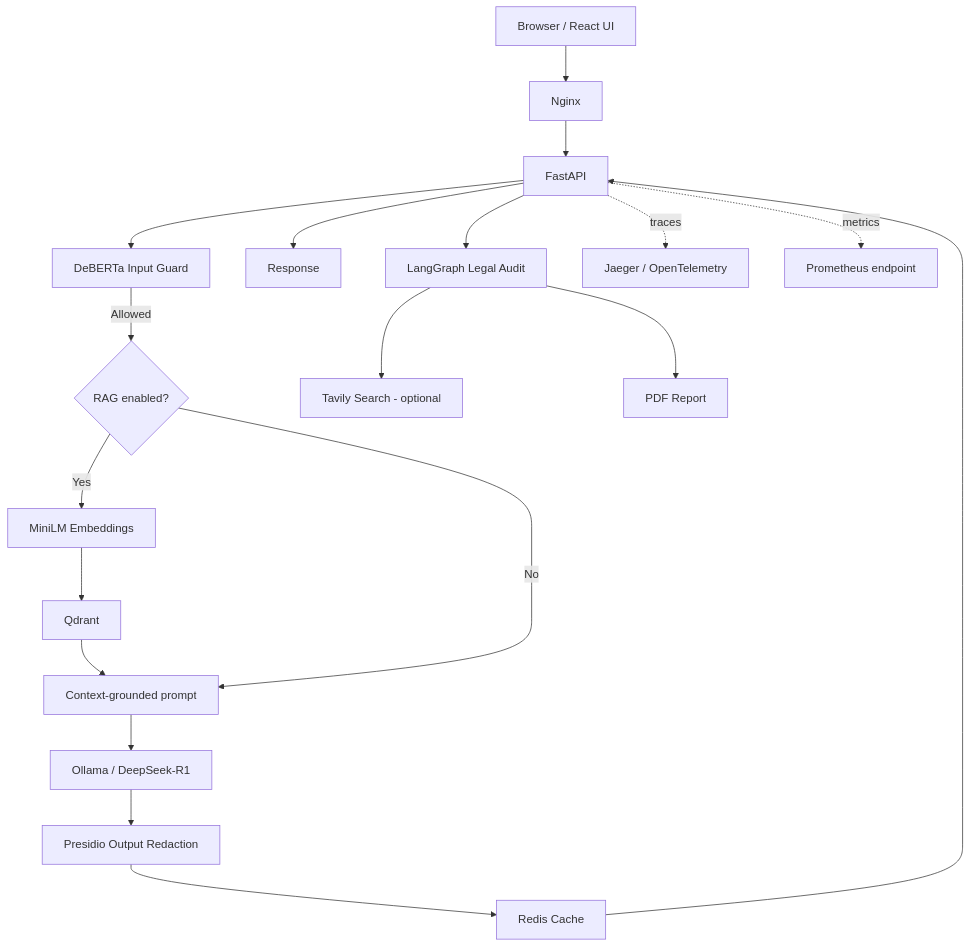
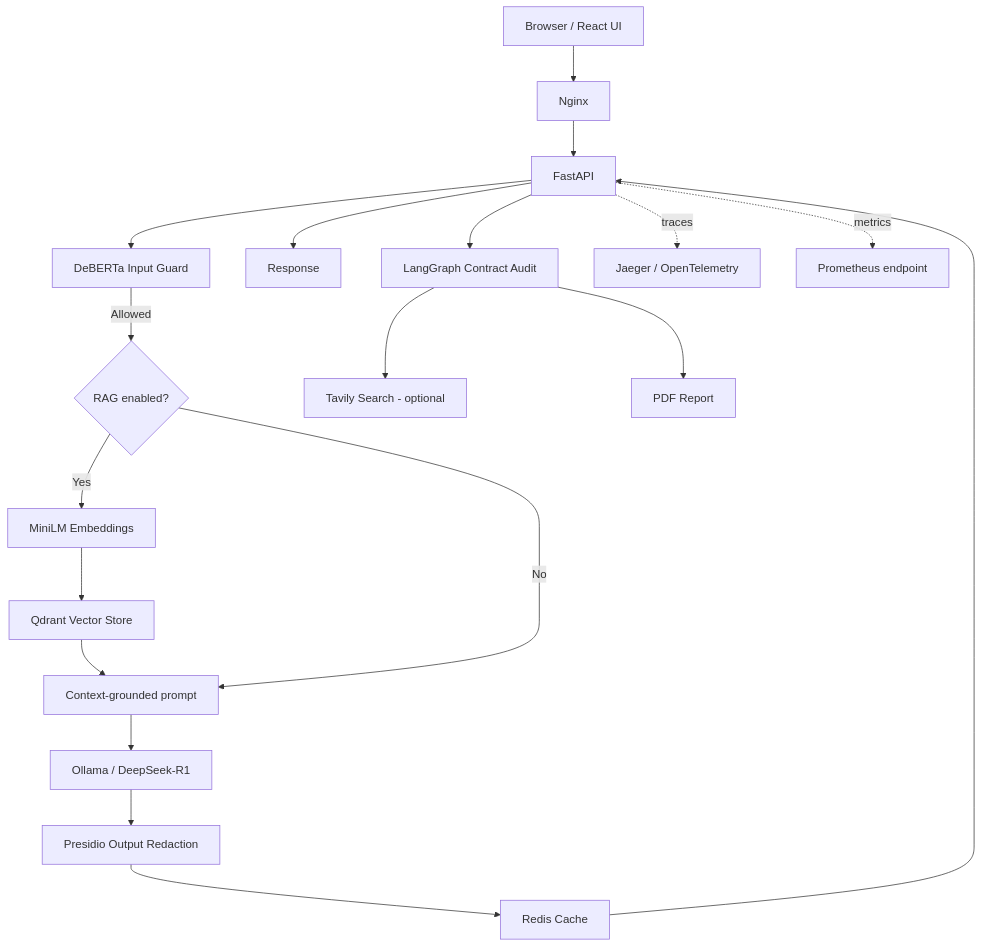
Before and after one commit to shubham-61291/production-ai-engineering: the diagram in 04-magnetar-webstack/README.md, drawn with Mermaid. The commit also changed other lines of this file, not shown here.

````diff
--- a/04-magnetar-webstack/README.md
+++ b/04-magnetar-webstack/README.md
@@ -34,21 +61,21 @@
 ```mermaid
 flowchart TD
     U[Browser / React UI] --> N[Nginx]
     N --> API[FastAPI]
     API --> GUARD[DeBERTa Input Guard]
     GUARD -->|Allowed| RAG{RAG enabled?}
     RAG -->|Yes| EMB[MiniLM Embeddings]
-    EMB --> Q[Qdrant]
+    EMB --> Q[Qdrant Vector Store]
     Q --> PROMPT[Context-grounded prompt]
     RAG -->|No| PROMPT
     PROMPT --> LLM[Ollama / DeepSeek-R1]
     LLM --> PII[Presidio Output Redaction]
     PII --> CACHE[Redis Cache]
     CACHE --> API
     API --> UI[Response]
-    API --> AUDIT[LangGraph Legal Audit]
+    API --> AUDIT[LangGraph Contract Audit]
     AUDIT --> TAVILY[Tavily Search - optional]
     AUDIT --> PDF[PDF Report]
     API -. traces .-> J[Jaeger / OpenTelemetry]
     API -. metrics .-> M[Prometheus endpoint]
 ```
````
